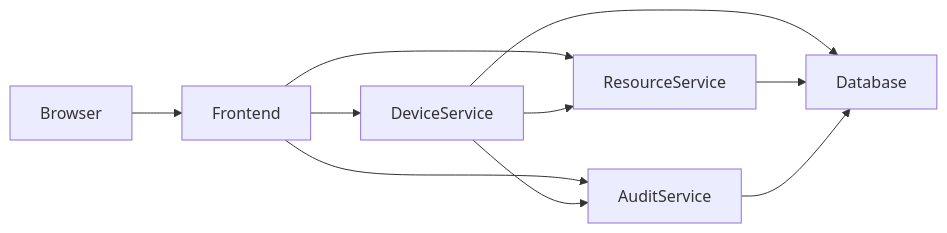
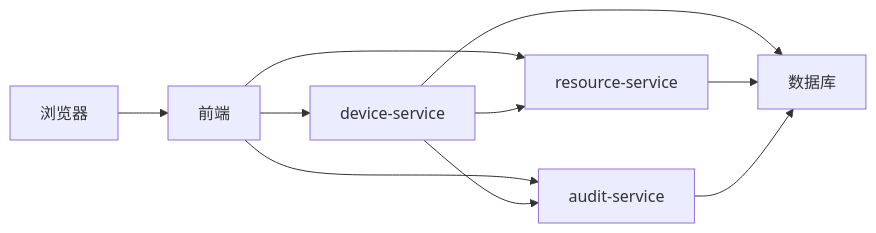
Before and after one commit to hwang-protocol/docker_k8s_2026: the first of 4 diagrams in k8s/06-gitops-and-automation/docs/03_app_design_and_local_preview.md, drawn with Mermaid. The commit also changed other lines of this file and 33 other files, not shown here.

````diff
--- a/k8s/06-gitops-and-automation/docs/03_app_design_and_local_preview.md
+++ b/k8s/06-gitops-and-automation/docs/03_app_design_and_local_preview.md
@@ -89,19 +112,19 @@
 ```mermaid
 flowchart LR
-  browser[Browser]
-  frontend[Frontend]
-  deviceService[DeviceService]
-  resourceService[ResourceService]
-  auditService[AuditService]
-  db[Database]
+  browser[浏览器]
+  frontend[前端]
+  deviceService[device-service]
+  resourceService[resource-service]
+  auditService[audit-service]
+  db[数据库]
 
   browser --> frontend
   frontend --> deviceService
   frontend --> resourceService
   frontend --> auditService
   deviceService --> resourceService
   deviceService --> auditService
   deviceService --> db
   resourceService --> db
   auditService --> db
 ```
````
